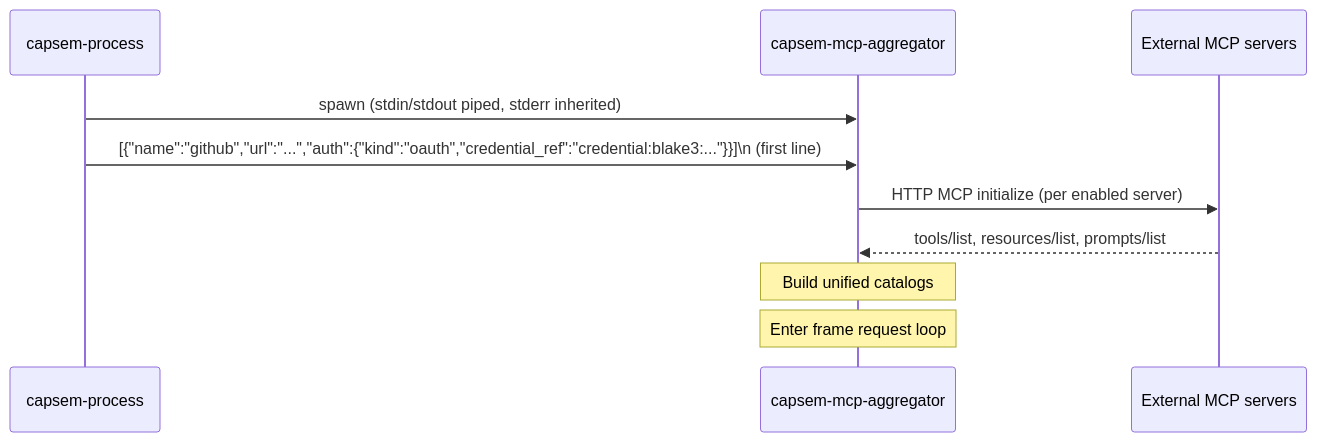
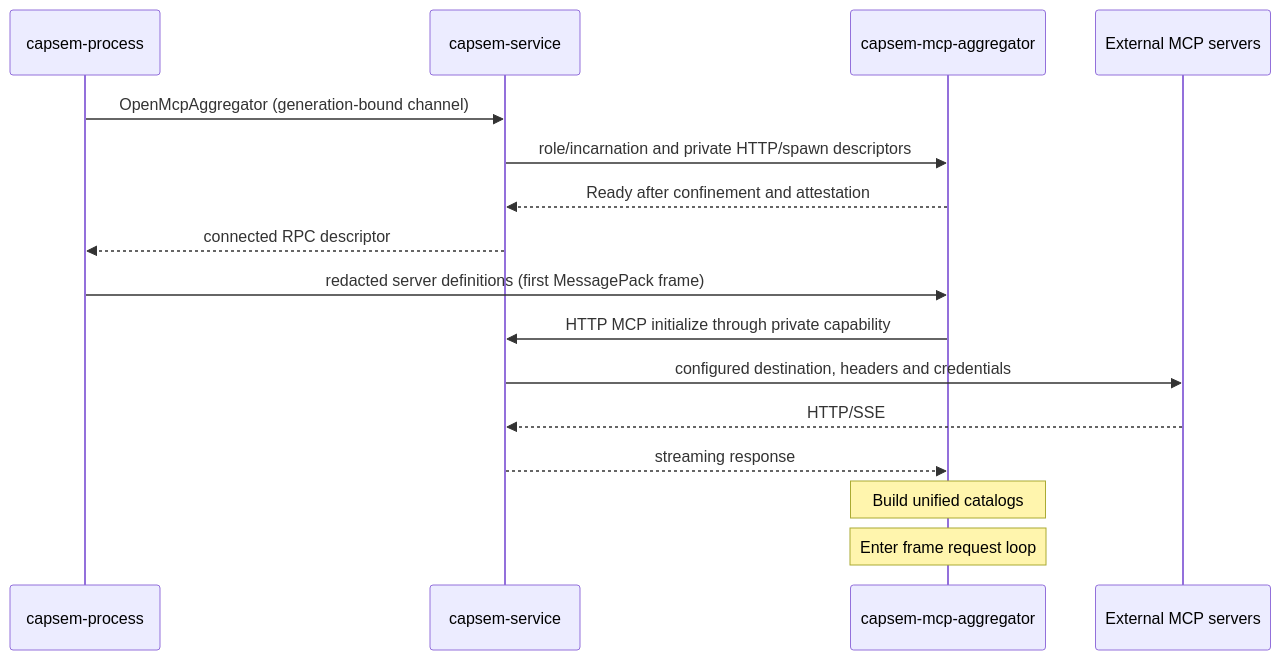
Before and after one commit to google/capsem: the second of 2 diagrams in web/docs/src/content/docs/architecture/mcp-aggregator.md, drawn with Mermaid. The commit also changed other lines of this file and 7 other files, not shown here.

Commit message:
docs(mcp): describe service-owned confined native workers

````diff
--- a/web/docs/src/content/docs/architecture/mcp-aggregator.md
+++ b/web/docs/src/content/docs/architecture/mcp-aggregator.md
@@ -95,13 +103,19 @@
 ```mermaid
 sequenceDiagram
     participant Proc as capsem-process
+    participant Svc as capsem-service
     participant Agg as capsem-mcp-aggregator
     participant Ext as External MCP servers
 
-    Proc->>Agg: spawn (stdin/stdout piped, stderr inherited)
-    Proc->>Agg: [{"name":"github","url":"...","auth":{"kind":"oauth","credential_ref":"credential:blake3:..."}}]\n (first line)
-    Agg->>Ext: HTTP MCP initialize (per enabled server)
-    Ext-->>Agg: tools/list, resources/list, prompts/list
+    Proc->>Svc: OpenMcpAggregator (generation-bound channel)
+    Svc->>Agg: role/incarnation and private HTTP/spawn descriptors
+    Agg-->>Svc: Ready after confinement and attestation
+    Svc-->>Proc: connected RPC descriptor
+    Proc->>Agg: redacted server definitions (first MessagePack frame)
+    Agg->>Svc: HTTP MCP initialize through private capability
+    Svc->>Ext: configured destination, headers and credentials
+    Ext-->>Svc: HTTP/SSE
+    Svc-->>Agg: streaming response
     Note over Agg: Build unified catalogs
     Note over Agg: Enter frame request loop
 ```
````
